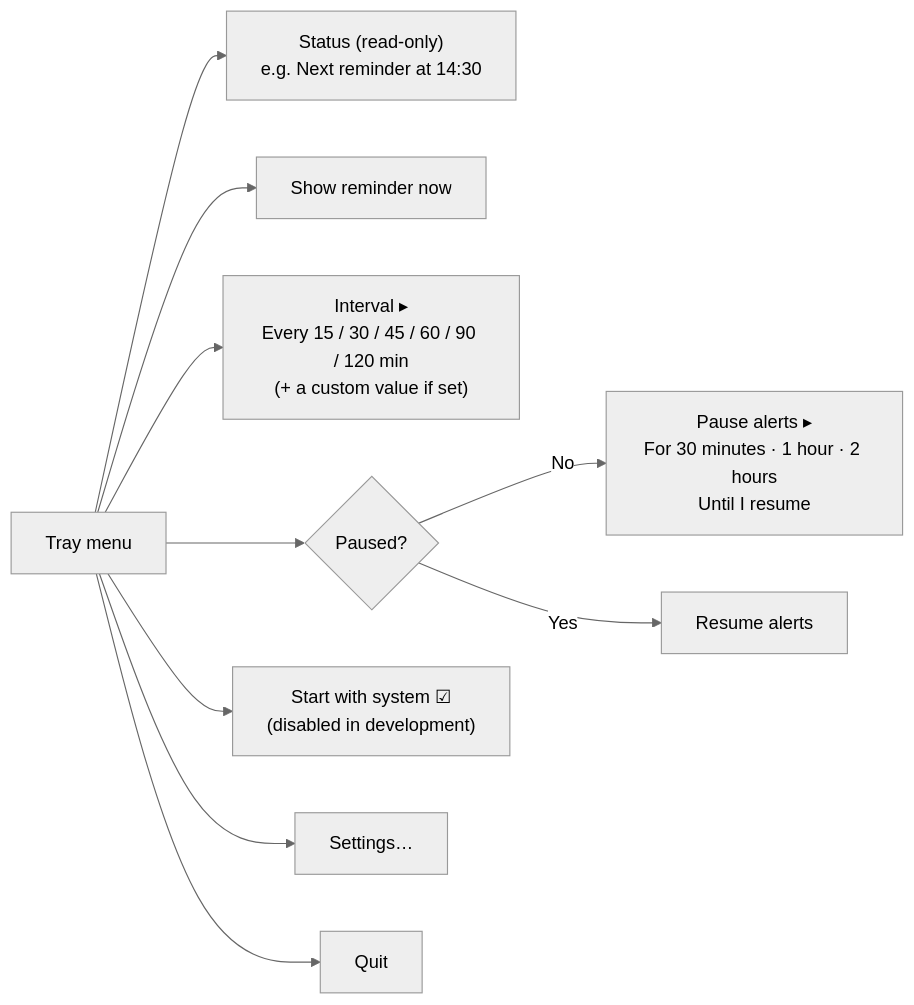
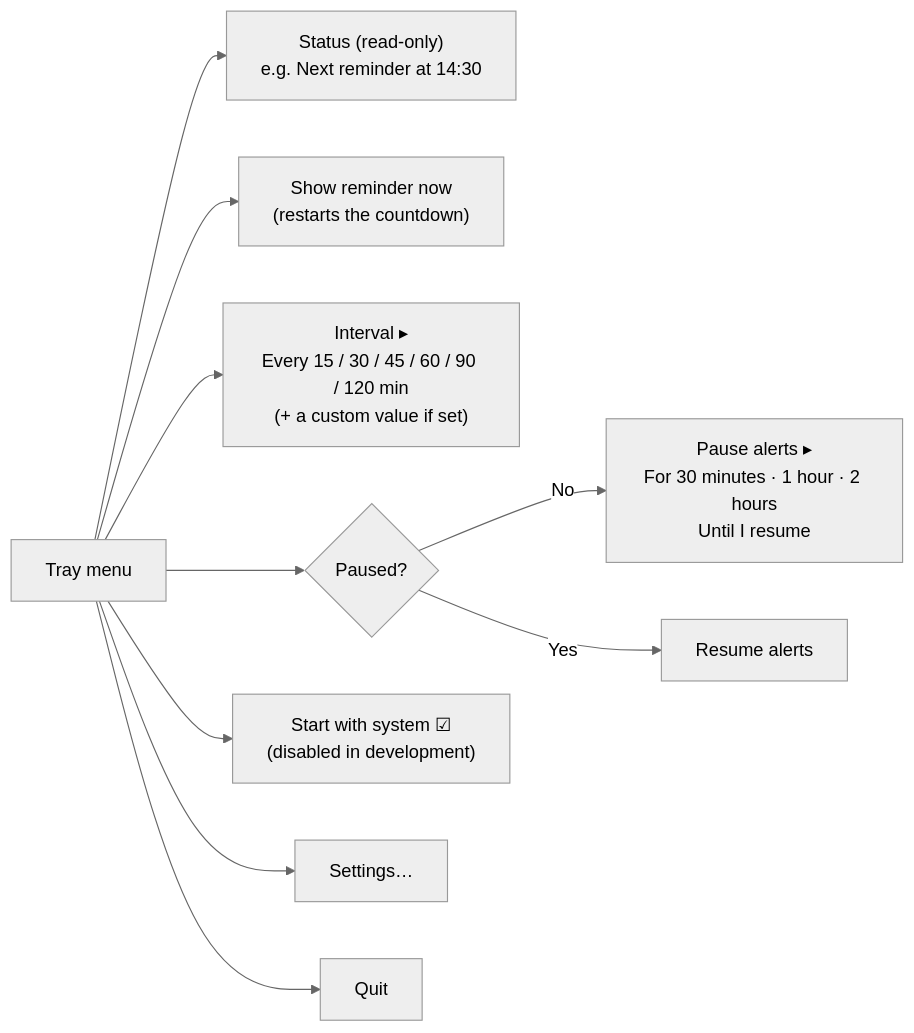
Before and after one commit to eduardosch/water-reminder: the tenth of 13 diagrams in docs/workflow.md, drawn with Mermaid (neutral theme). The commit also changed other lines of this file and 5 other files, not shown here.

````diff
--- a/docs/workflow.md
+++ b/docs/workflow.md
@@ -331,12 +333,12 @@
 ```mermaid
 flowchart LR
   M["Tray menu"] --> S["Status (read-only)<br/>e.g. Next reminder at 14:30"]
-  M --> N["Show reminder now"]
+  M --> N["Show reminder now<br/>(restarts the countdown)"]
   M --> I["Interval ▸<br/>Every 15 / 30 / 45 / 60 / 90 / 120 min<br/>(+ a custom value if set)"]
   M --> P{"Paused?"}
   P -- "No" --> PA["Pause alerts ▸<br/>For 30 minutes · 1 hour · 2 hours<br/>Until I resume"]
   P -- "Yes" --> PR["Resume alerts"]
   M --> A["Start with system ☑<br/>(disabled in development)"]
   M --> ST["Settings…"]
   M --> Q["Quit"]
 ```
````
